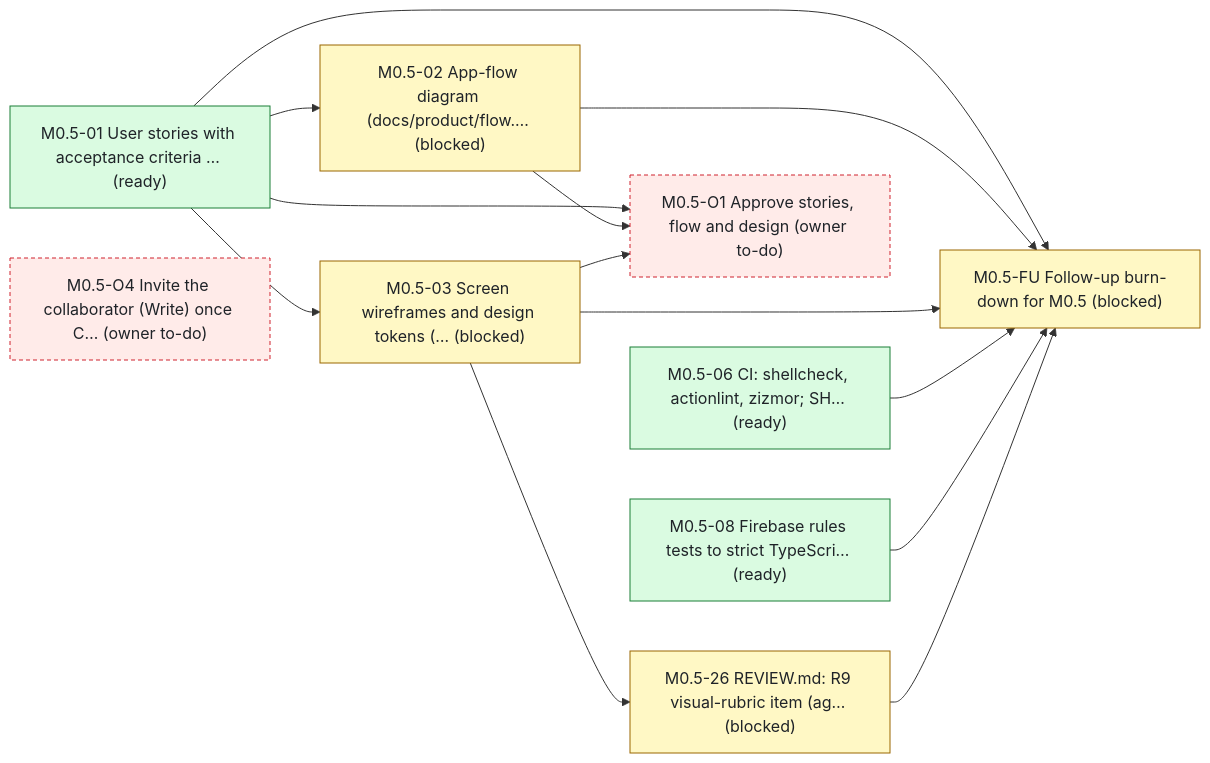
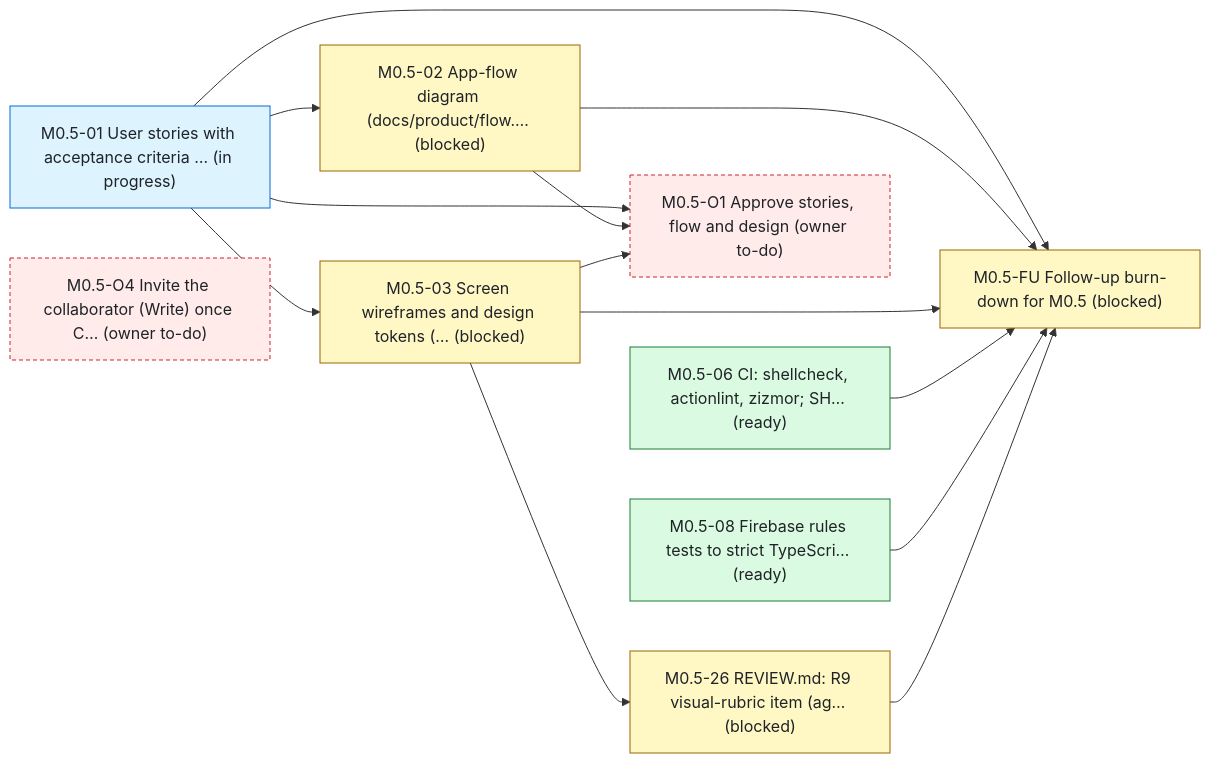
Before and after one commit to bondo/listicles2: the first of 2 diagrams in status.md, drawn with Mermaid. The commit also changed other lines of this file and 2 other files, not shown here.

Commit message:
status: update

````diff
--- a/status.md
+++ b/status.md
@@ -108,29 +108,29 @@
 ```mermaid
 flowchart LR
-    n0["M0.5-01 User stories with acceptance criteria … (ready)"]:::ready
+    n0["M0.5-01 User stories with acceptance criteria … (in progress)"]:::progress
     n1["M0.5-02 App-flow diagram (docs/product/flow.… (blocked)"]:::blocked
     n2["M0.5-03 Screen wireframes and design tokens (… (blocked)"]:::blocked
     n3["M0.5-06 CI: shellcheck, actionlint, zizmor#59; SH… (ready)"]:::ready
     n4["M0.5-08 Firebase rules tests to strict TypeScri… (ready)"]:::ready
     n5["M0.5-FU Follow-up burn-down for M0.5 (blocked)"]:::blocked
     n6["M0.5-O1 Approve stories, flow and design (owner to-do)"]:::owner
     n7["M0.5-26 REVIEW.md: R9 visual-rubric item (ag… (blocked)"]:::blocked
     n8["M0.5-O4 Invite the collaborator (Write) once C… (owner to-do)"]:::owner
     n0 --> n1
     n0 --> n2
     n0 --> n5
     n1 --> n5
     n2 --> n5
     n3 --> n5
     n4 --> n5
     n7 --> n5
     n0 --> n6
     n1 --> n6
     n2 --> n6
     n2 --> n7
     classDef ready fill:#dafbe1,stroke:#1a7f37,color:#1f2328
     classDef progress fill:#ddf4ff,stroke:#0969da,color:#1f2328
     classDef blocked fill:#fff8c5,stroke:#9a6700,color:#1f2328
     classDef owner fill:#ffebe9,stroke:#cf222e,color:#1f2328,stroke-dasharray:4 3
     classDef ext fill:#eaeef2,stroke:#59636e,color:#1f2328,stroke-dasharray:2 2
 ```
````
